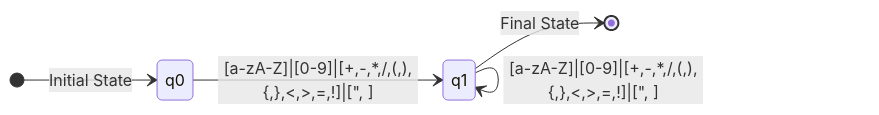
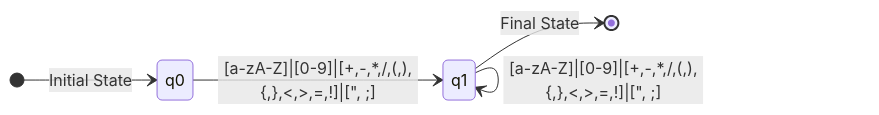
One commit to AlfredoAG025/MiniCompiler changed the first of 11 diagrams in README.md. Above: the diagram before and after it, drawn with Mermaid. The commit also changed other lines of this file, not shown here.

````diff
--- a/README.md
+++ b/README.md
@@ -41,8 +52,8 @@
 ```mermaid
 stateDiagram-v2
     direction LR
     [*] --> q0: Initial State
-    q0 --> q1: [a-zA-Z]|[0-9]|[+,-,*,/,(,),{,},<,>,=,!]|[", ]
-    q1 --> q1: [a-zA-Z]|[0-9]|[+,-,*,/,(,),{,},<,>,=,!]|[", ]
+    q0 --> q1: [a-zA-Z]|[0-9]|[+,-,*,/,(,),{,},<,>,=,!]|[", #59;]
+    q1 --> q1: [a-zA-Z]|[0-9]|[+,-,*,/,(,),{,},<,>,=,!]|[", #59;]
     q1 --> [*]: Final State
 ```
````
